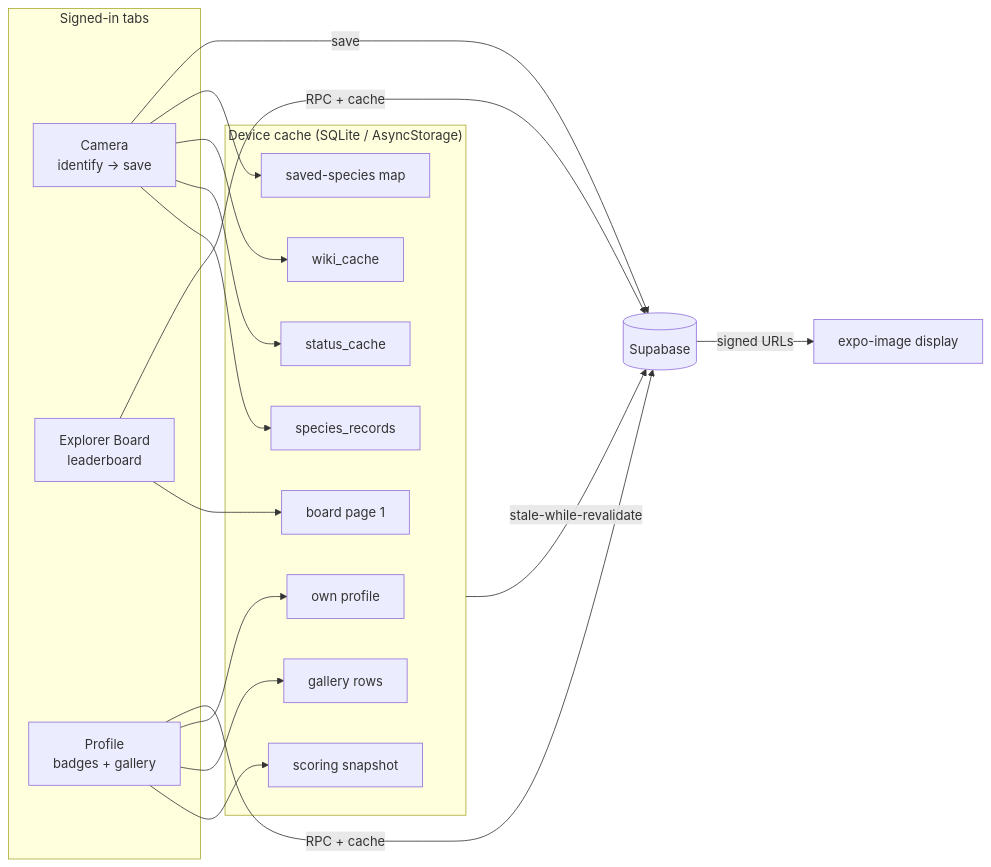
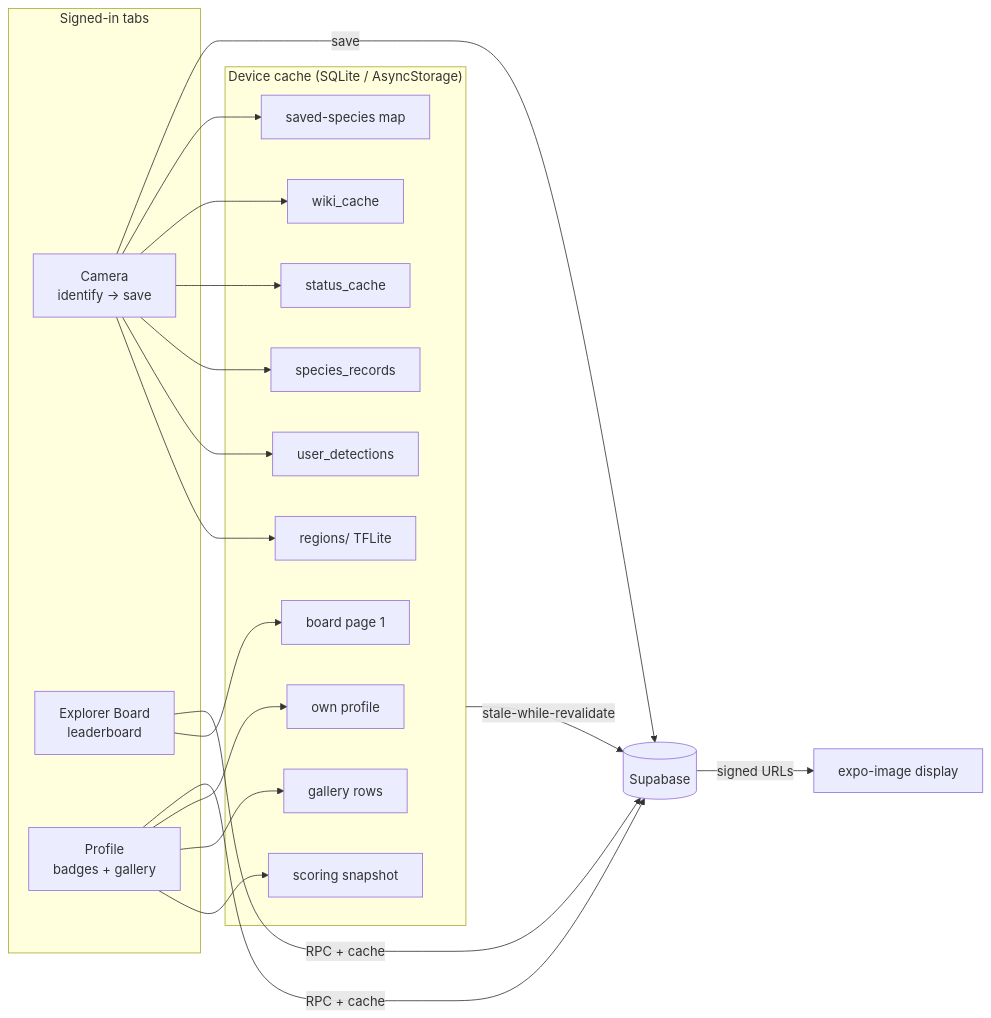
One commit to vonderasche/near-nature changed the second of 14 diagrams in docs/ARCHITECTURE.md. Above: the diagram before and after it, drawn with Mermaid. The commit also changed other lines of this file and 1 other file, not shown here.

````diff
--- a/docs/ARCHITECTURE.md
+++ b/docs/ARCHITECTURE.md
@@ -71,35 +71,39 @@
 ```mermaid
 flowchart LR
   subgraph tabs["Signed-in tabs"]
     Cam[Camera<br/>identify → save]
     Board[Explorer Board<br/>leaderboard]
     Prof[Profile<br/>badges + gallery]
   end
 
   Cam -->|save| Supa[(Supabase)]
   Board -->|RPC + cache| Supa
   Prof -->|RPC + cache| Supa
 
   subgraph device["Device cache (SQLite / AsyncStorage)"]
     ProfileC[own profile]
     GalleryC[gallery rows]
     ScoreC[scoring snapshot]
     BoardC[board page 1]
     WikiC[wiki_cache]
     StatusC[status_cache]
     CatalogC[species_records]
     SavedC[saved-species map]
+    DetC[user_detections]
+    RegC[regions/ TFLite]
   end
 
   Prof --> ProfileC
   Prof --> GalleryC
   Prof --> ScoreC
   Board --> BoardC
   Cam --> SavedC
   Cam --> WikiC
   Cam --> StatusC
   Cam --> CatalogC
+  Cam --> DetC
+  Cam --> RegC
 
   Supa -->|signed URLs| Display[expo-image display]
   device -->|stale-while-revalidate| Supa
 ```
````
